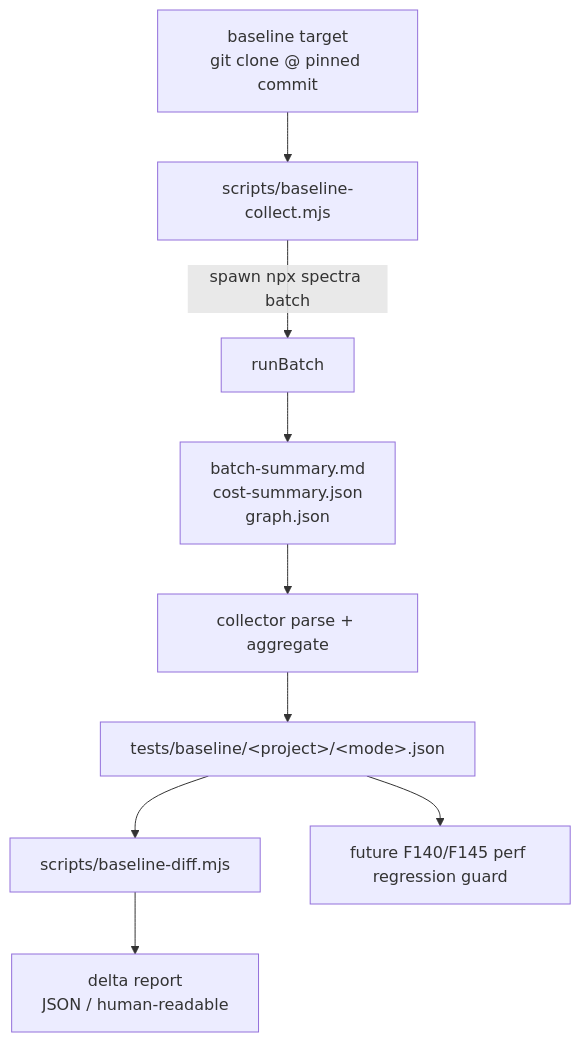
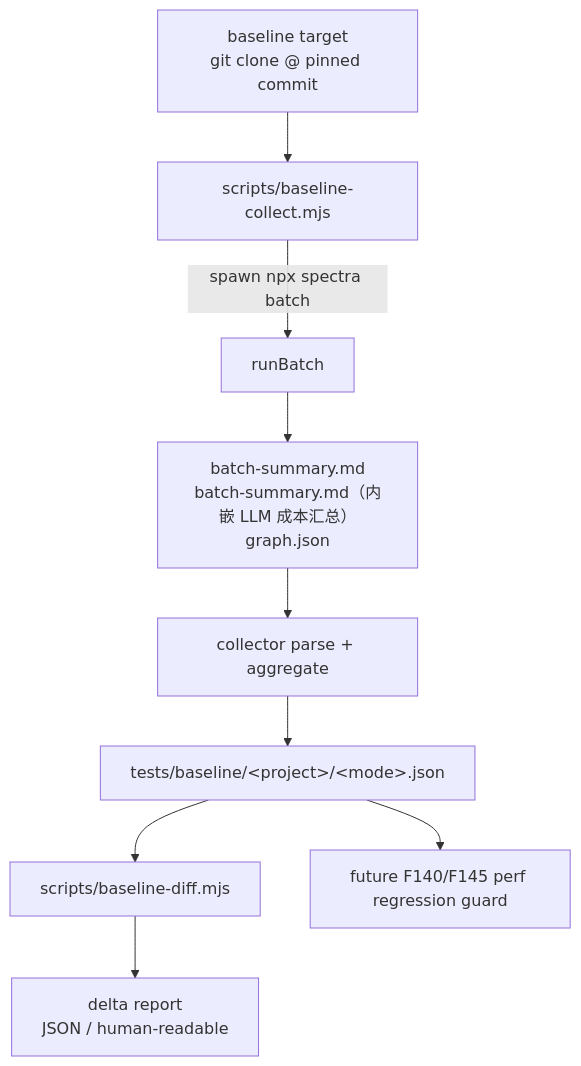
Before and after one commit to connor-git-yaml/cc-plugin-market: the diagram in specs/143-large-project-e2e-baseline/plan.md, drawn with Mermaid. The commit also changed other lines of this file and 11 other files, not shown here.

````diff
--- a/specs/143-large-project-e2e-baseline/plan.md
+++ b/specs/143-large-project-e2e-baseline/plan.md
@@ -109,11 +109,11 @@
 ```mermaid
 flowchart TD
     A[baseline target<br/>git clone @ pinned commit] --> B[scripts/baseline-collect.mjs]
     B -->|spawn npx spectra batch| C[runBatch]
-    C --> D[batch-summary.md<br/>cost-summary.json<br/>graph.json]
+    C --> D[batch-summary.md<br/>batch-summary.md（内嵌 LLM 成本汇总）<br/>graph.json]
     D --> E[collector parse + aggregate]
     E --> F[tests/baseline/&lt;project&gt;/&lt;mode&gt;.json]
     F --> G[scripts/baseline-diff.mjs]
     G --> H[delta report<br/>JSON / human-readable]
     F --> I[future F140/F145 perf regression guard]
 ```
````
